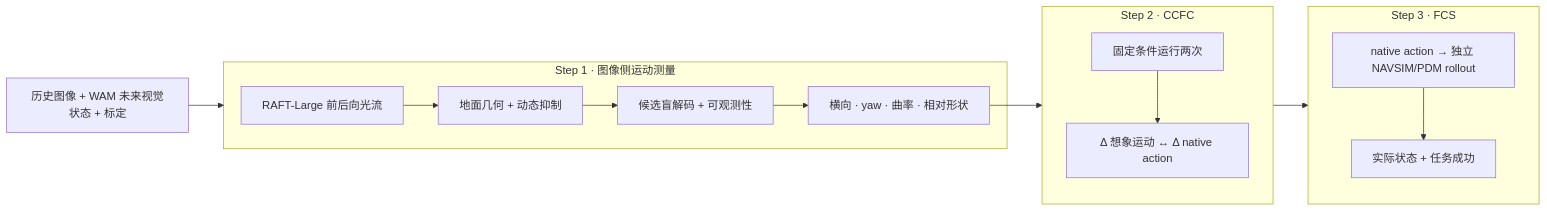
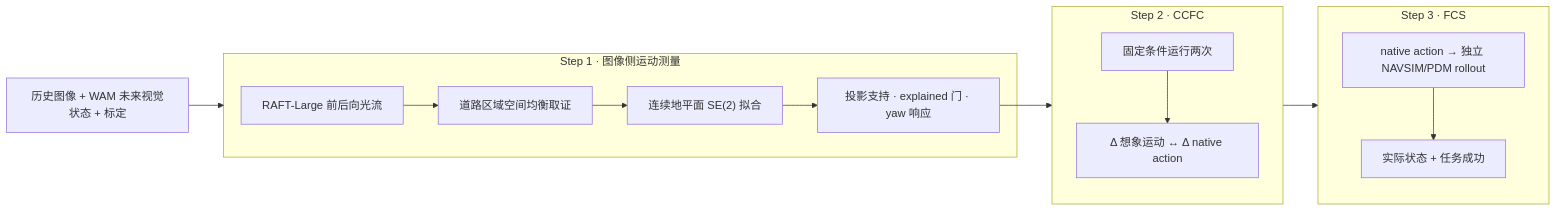
One commit to RiseBun/IAC changed the diagram in README_zh.md. Above: the diagram before and after it, drawn with Mermaid. The commit also changed other lines of this file and 3 other files, not shown here.

````diff
--- a/README_zh.md
+++ b/README_zh.md
@@ -36,17 +36,17 @@
 ```mermaid
 flowchart LR
   I["历史图像 + WAM 未来视觉状态 + 标定"] --> S1
   subgraph S1["Step 1 · 图像侧运动测量"]
-    S1a["RAFT-Large 前后向光流"] --> S1b["地面几何 + 动态抑制"]
-    S1b --> S1c["候选盲解码 + 可观测性"]
-    S1c --> S1d["横向 · yaw · 曲率 · 相对形状"]
+    S1a["RAFT-Large 前后向光流"] --> S1b["道路区域空间均衡取证"]
+    S1b --> S1c["连续地平面 SE(2) 拟合"]
+    S1c --> S1d["投影支持 · explained 门 · yaw 响应"]
   end
   S1d --> S2
   subgraph S2["Step 2 · CCFC"]
     S2a["固定条件运行两次"] --> S2b["Δ 想象运动 ↔ Δ native action"]
   end
   S2 --> S3
   subgraph S3["Step 3 · FCS"]
     S3a["native action → 独立 NAVSIM/PDM rollout"] --> S3b["实际状态 + 任务成功"]
   end
 ```
````
